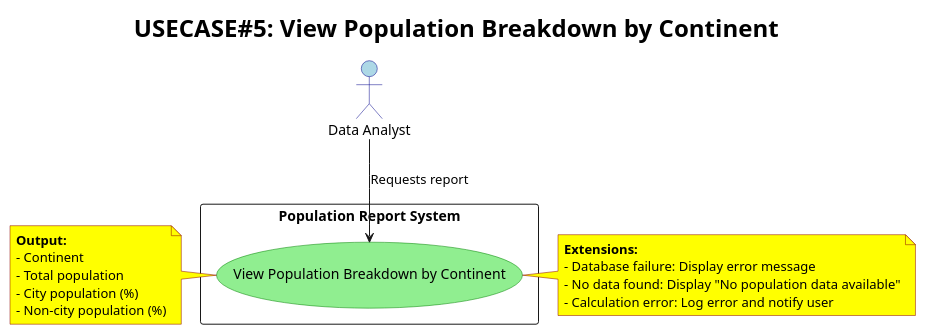
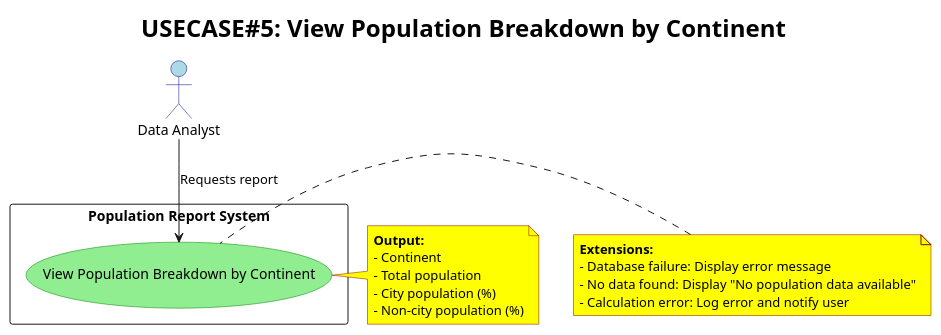
One commit to Mawa-Jr/population-report-system changed the diagram in use-cases/use-case-5.puml. Above: the diagram before and after it, drawn with PlantUML.

Commit message:
Refactor use case diagram for population report

```diff
--- a/use-cases/use-case-5.puml
+++ b/use-cases/use-case-5.puml
@@ -1,28 +1,28 @@
 @startuml
 skinparam actor {
   BorderColor DarkBlue
   BackgroundColor LightBlue
   FontSize 14
 }
 skinparam usecase {
   BorderColor Green
   BackgroundColor LightGreen
   FontSize 14
 }
 skinparam titleFontSize 24
 skinparam noteBackgroundColor Yellow
 skinparam noteBorderColor DarkRed
 
 title USECASE#5: View Population Breakdown by Continent
 
 actor "Data Analyst" as User
 rectangle "Population Report System" {
   usecase "View Population Breakdown by Continent" as UC5
 }
 
 User --> UC5 : Requests report
 
-note left of UC5 : **Output:**\n- Continent\n- Total population\n- City population (%)\n- Non-city population (%)
+note right of UC5 : **Output:**\n- Continent\n- Total population\n- City population (%)\n- Non-city population (%)
 
 note left of UC5 : **Extensions:**\n- Database failure: Display error message\n- No data found: Display "No population data available"\n- Calculation error: Log error and notify user
 @enduml
```
